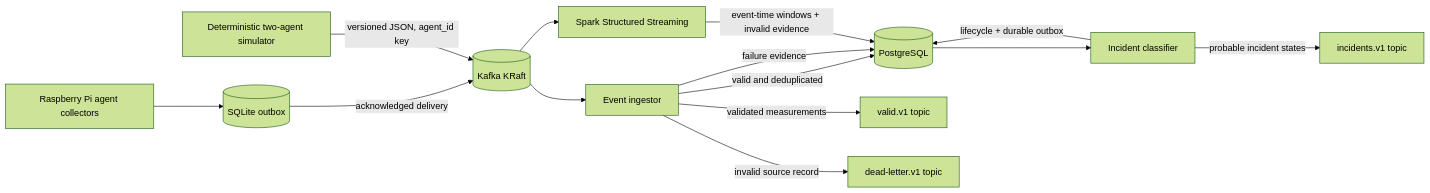
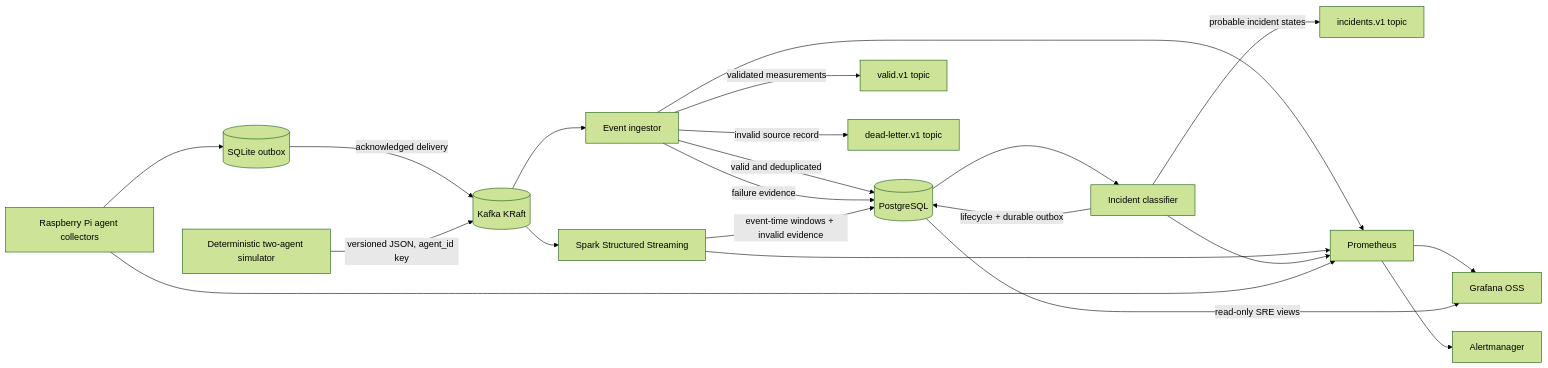
The diagram in README.md (Jerry-Padilla/local-network-kafka-monitoring), drawn with Mermaid (forest theme) before and after one commit. The commit also changed other lines of this file and 27 other files, not shown here.

````diff
--- a/README.md
+++ b/README.md
@@ -12,16 +12,23 @@
 ```mermaid
 flowchart LR
     A[Raspberry Pi agent collectors] --> O[(SQLite outbox)]
     O -->|acknowledged delivery| K[(Kafka KRaft)]
     S[Deterministic two-agent simulator] -->|versioned JSON, agent_id key| K[(Kafka KRaft)]
     K --> C[Event ingestor]
     K --> T[Spark Structured Streaming]
     P --> I[Incident classifier]
     C -->|valid and deduplicated| P[(PostgreSQL)]
     C -->|validated measurements| V[valid.v1 topic]
     C -->|invalid source record| D[dead-letter.v1 topic]
     C -->|failure evidence| P
     T -->|event-time windows + invalid evidence| P
     I -->|lifecycle + durable outbox| P
     I -->|probable incident states| N[incidents.v1 topic]
+    C --> M[Prometheus]
+    T --> M
+    I --> M
+    A --> M
+    M --> G[Grafana OSS]
+    P -->|read-only SRE views| G
+    M --> L[Alertmanager]
 ```
````
